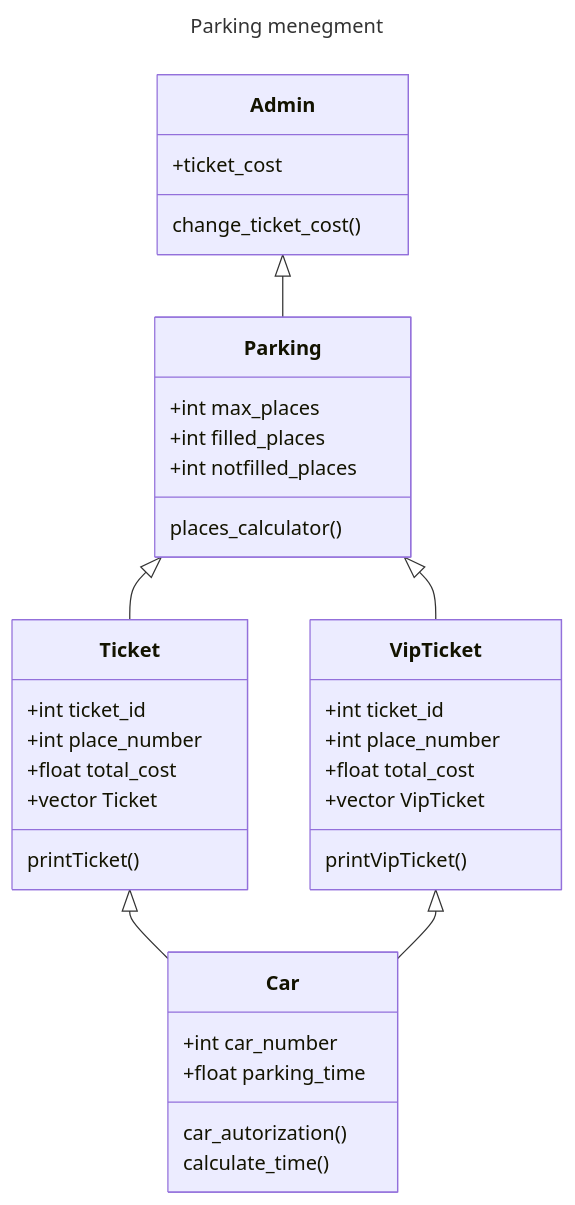
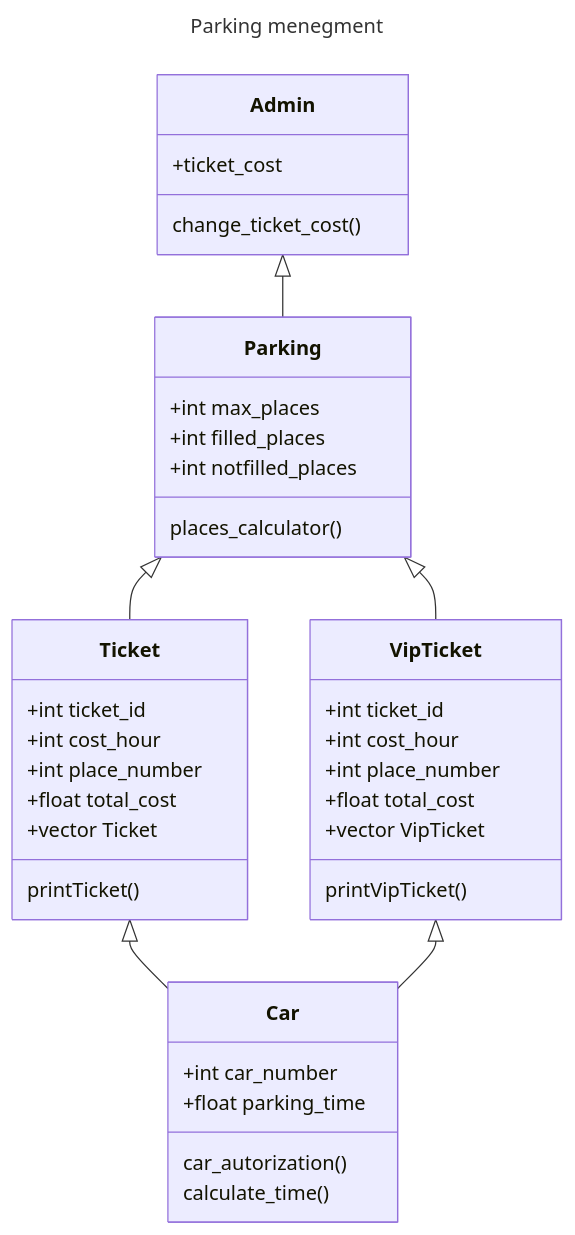
Before and after one commit to alanarzumanjan/Parking: the diagram in diagram.md, drawn with Mermaid.

````diff
--- a/diagram.md
+++ b/diagram.md
@@ -1,43 +1,45 @@
 ```mermaid
 --- 
 title: Parking menegment
 ---
 classDiagram
     class Car
     Car : +int car_number
     Car : +float parking_time
     Car : car_autorization()
     Car : calculate_time()
 
     class Parking
     Parking : +int max_places
     Parking : +int filled_places
     Parking : +int notfilled_places
     Parking : places_calculator()
 
     class Ticket
     Ticket : +int ticket_id
+    Ticket : +int cost_hour
     Ticket : +int place_number
     Ticket : +float total_cost
     Ticket : +vector Ticket
     Ticket : printTicket()
 
     class VipTicket
     VipTicket : +int ticket_id
+    VipTicket : +int cost_hour
     VipTicket : +int place_number
     VipTicket : +float total_cost
     VipTicket : +vector VipTicket
     VipTicket : printVipTicket()
     
     class Admin
     Admin : +ticket_cost
     Admin : change_ticket_cost()
     
 
     Ticket <|-- Car
     VipTicket <|-- Car
     Parking <|-- Ticket
     Parking <|-- VipTicket
     Admin <|-- Parking
     
 ```
````
